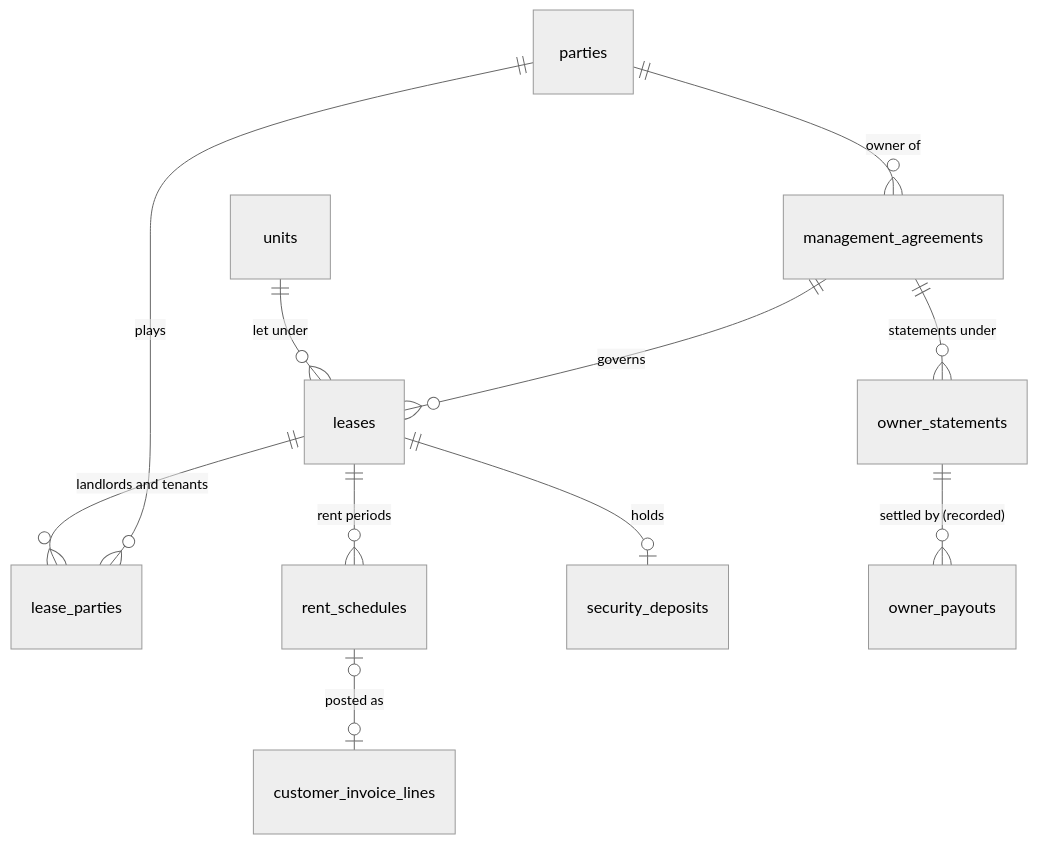
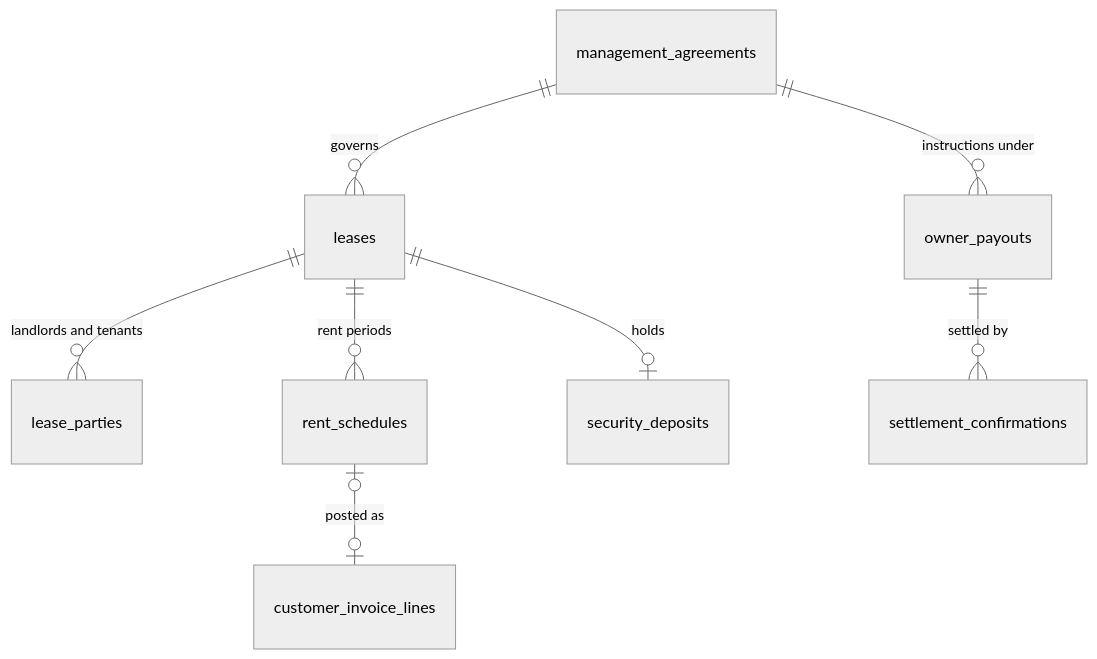
Before and after one commit to Esames786/propertyos: the diagram in docs/blueprint/v3.2/ERD_PROPOSED_CHANGES.md, drawn with Mermaid (neutral theme). The commit also changed other lines of this file and 7 other files, not shown here.

First line of the commit message:
V3.2 proposal revision 2: answer the GPT architecture review (Issue #3)

````diff
--- a/docs/blueprint/v3.2/ERD_PROPOSED_CHANGES.md
+++ b/docs/blueprint/v3.2/ERD_PROPOSED_CHANGES.md
@@ -132,13 +192,10 @@
 ```mermaid
 erDiagram
-  units ||--o{ leases : "let under"
+  management_agreements ||--o{ leases : governs
   leases ||--o{ lease_parties : "landlords and tenants"
-  parties ||--o{ lease_parties : plays
   leases ||--o{ rent_schedules : "rent periods"
   rent_schedules |o--o| customer_invoice_lines : "posted as"
   leases ||--o| security_deposits : holds
-  management_agreements ||--o{ leases : governs
-  parties ||--o{ management_agreements : "owner of"
-  management_agreements ||--o{ owner_statements : "statements under"
-  owner_statements ||--o{ owner_payouts : "settled by (recorded)"
+  management_agreements ||--o{ owner_payouts : "instructions under"
+  owner_payouts ||--o{ settlement_confirmations : "settled by"
 ```
````
